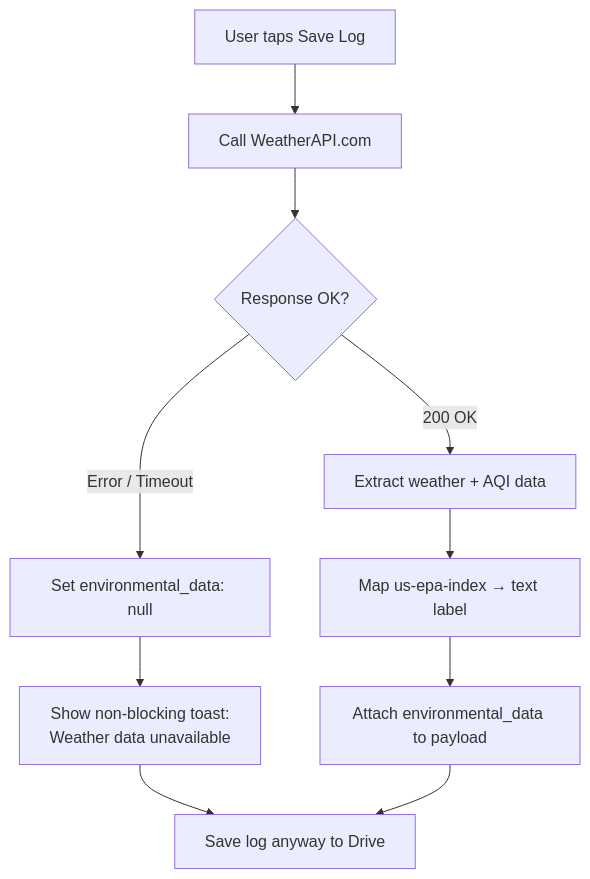
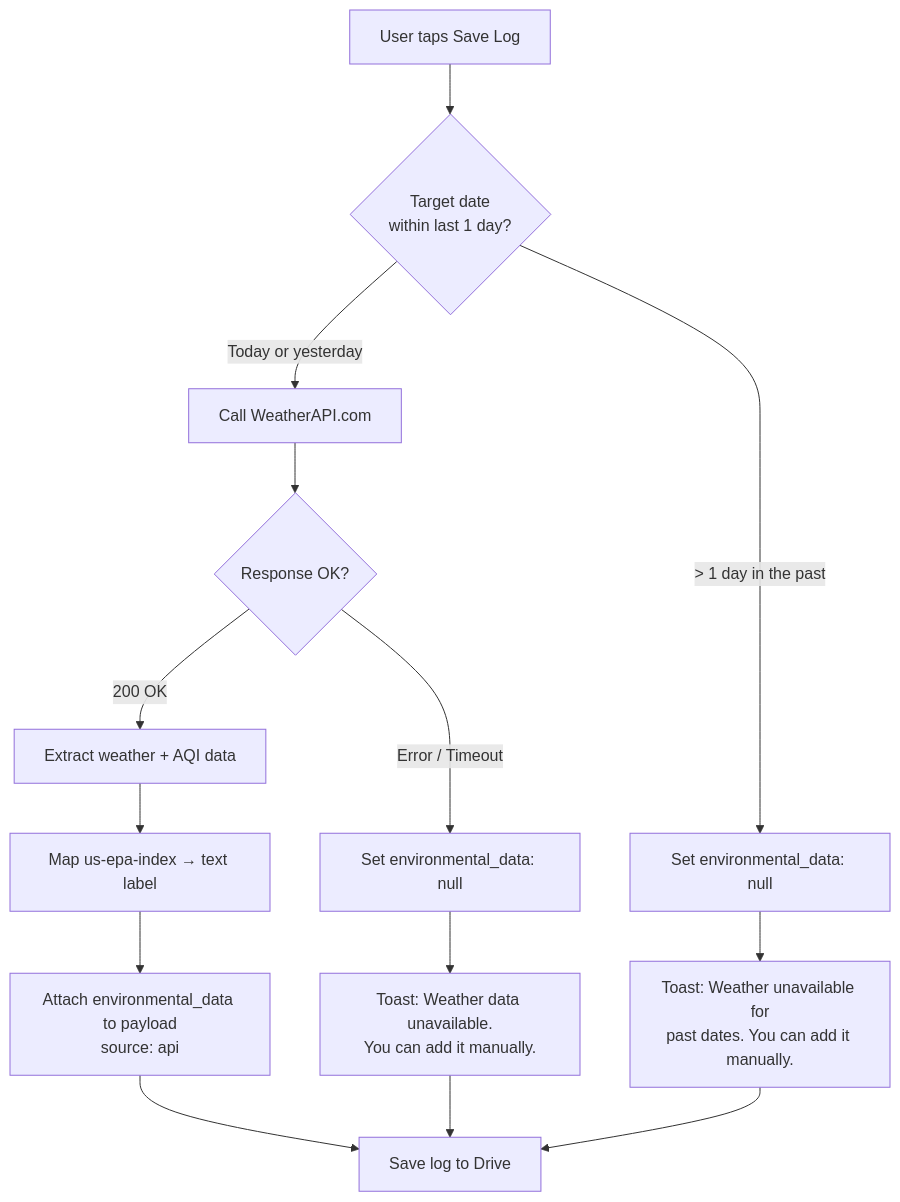
The ninth of 15 diagrams in documentation/design/high_level/001_high_level_design.md (Strider221B/silent-dynamic-tracker), drawn with Mermaid before and after one commit. The commit also changed other lines of this file, not shown here.

````diff
--- a/documentation/design/high_level/001_high_level_design.md
+++ b/documentation/design/high_level/001_high_level_design.md
@@ -384,15 +401,21 @@
 ```mermaid
 flowchart TD
-    SAVE["User taps Save Log"] --> CALL["Call WeatherAPI.com"]
+    SAVE["User taps Save Log"] --> DATE{"Target date<br/>within last 1 day?"}
+
+    DATE -->|"Today or yesterday"| CALL["Call WeatherAPI.com"]
     CALL --> CHECK{Response OK?}
 
     CHECK -->|200 OK| EXTRACT["Extract weather + AQI data"]
     EXTRACT --> MAP["Map us-epa-index → text label"]
-    MAP --> ATTACH["Attach environmental_data to payload"]
+    MAP --> ATTACH["Attach environmental_data to payload<br/>source: api"]
 
-    CHECK -->|Error / Timeout| NULL["Set environmental_data: null"]
-    NULL --> TOAST["Show non-blocking toast:<br/>Weather data unavailable"]
-    TOAST --> PROCEED["Save log anyway to Drive"]
+    CHECK -->|Error / Timeout| APIFAIL["Set environmental_data: null"]
+    APIFAIL --> TOAST1["Toast: Weather data unavailable.<br/>You can add it manually."]
+    TOAST1 --> PROCEED
+
+    DATE -->|"> 1 day in the past"| SKIP["Set environmental_data: null"]
+    SKIP --> TOAST2["Toast: Weather unavailable for<br/>past dates. You can add it manually."]
+    TOAST2 --> PROCEED["Save log to Drive"]
 
     ATTACH --> PROCEED
 ```
````
